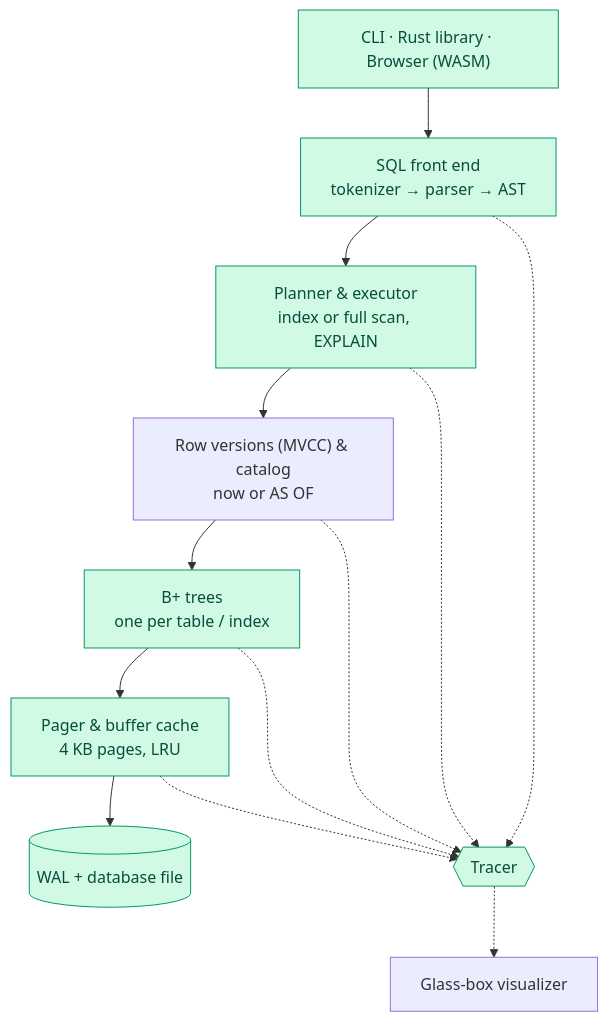
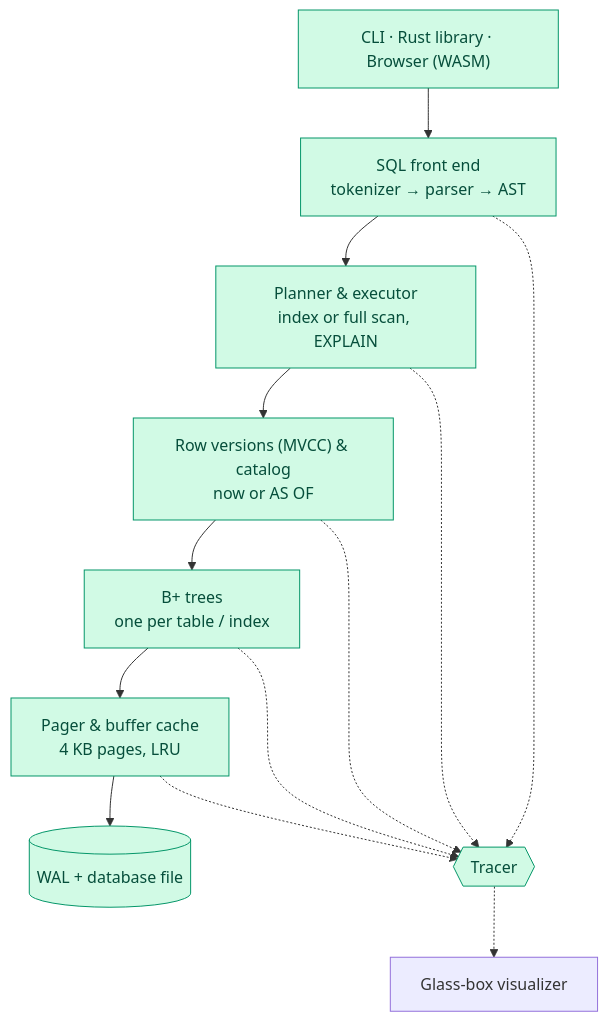
Before and after one commit to deepsikhabrahma17-sudo/glassdb: the diagram in README.md, drawn with Mermaid. The commit also changed other lines of this file and 51 other files, not shown here.

````diff
--- a/README.md
+++ b/README.md
@@ -170,19 +209,19 @@
 ```mermaid
 flowchart TD
     UI["CLI · Rust library · Browser (WASM)"] --> SQL["SQL front end<br/>tokenizer → parser → AST"]
     SQL --> PLAN["Planner & executor<br/>index or full scan, EXPLAIN"]
     PLAN --> MVCC["Row versions (MVCC) & catalog<br/>now or AS OF"]
     MVCC --> BTREE["B+ trees<br/>one per table / index"]
     BTREE --> PAGER["Pager & buffer cache<br/>4 KB pages, LRU"]
     PAGER --> DISK[("WAL + database file")]
 
     SQL -.-> TRACE{{Tracer}}
     PLAN -.-> TRACE
     MVCC -.-> TRACE
     BTREE -.-> TRACE
     PAGER -.-> TRACE
     TRACE -.-> VIZ["Glass-box visualizer"]
 
     classDef done fill:#d1fae5,stroke:#059669,color:#064e3b
-    class SQL,PLAN,BTREE,PAGER,DISK,UI,TRACE done
+    class SQL,PLAN,MVCC,BTREE,PAGER,DISK,UI,TRACE done
 ```
````
